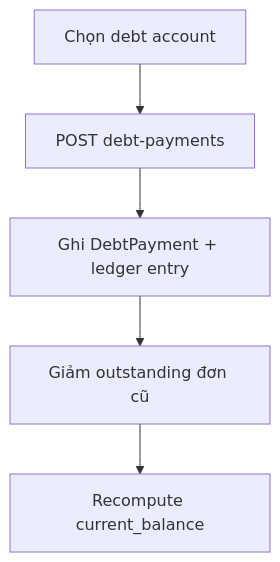
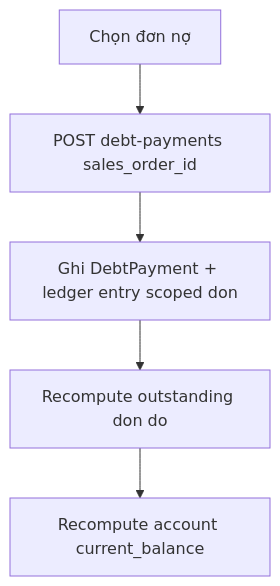
One commit to MidoriyaHero/gas-store-app changed the diagram in docs/features/debt-finance.md. Above: the diagram before and after it, drawn with Mermaid. The commit also changed other lines of this file and 25 other files, not shown here.

Commit message:
Sync product docs with current API, per-order debt, and Windows deploy.

````diff
--- a/docs/features/debt-finance.md
+++ b/docs/features/debt-finance.md
@@ -16,7 +17,7 @@
 ```mermaid
 flowchart TD
-  A[Chọn debt account] --> B[POST debt-payments]
-  B --> C[Ghi DebtPayment + ledger entry]
-  C --> D[Giảm outstanding đơn cũ]
-  D --> E[Recompute current_balance]
+  A[Chọn đơn nợ] --> B[POST debt-payments sales_order_id]
+  B --> C[Ghi DebtPayment + ledger entry scoped don]
+  C --> D[Recompute outstanding don do]
+  D --> E[Recompute account current_balance]
 ```
````
